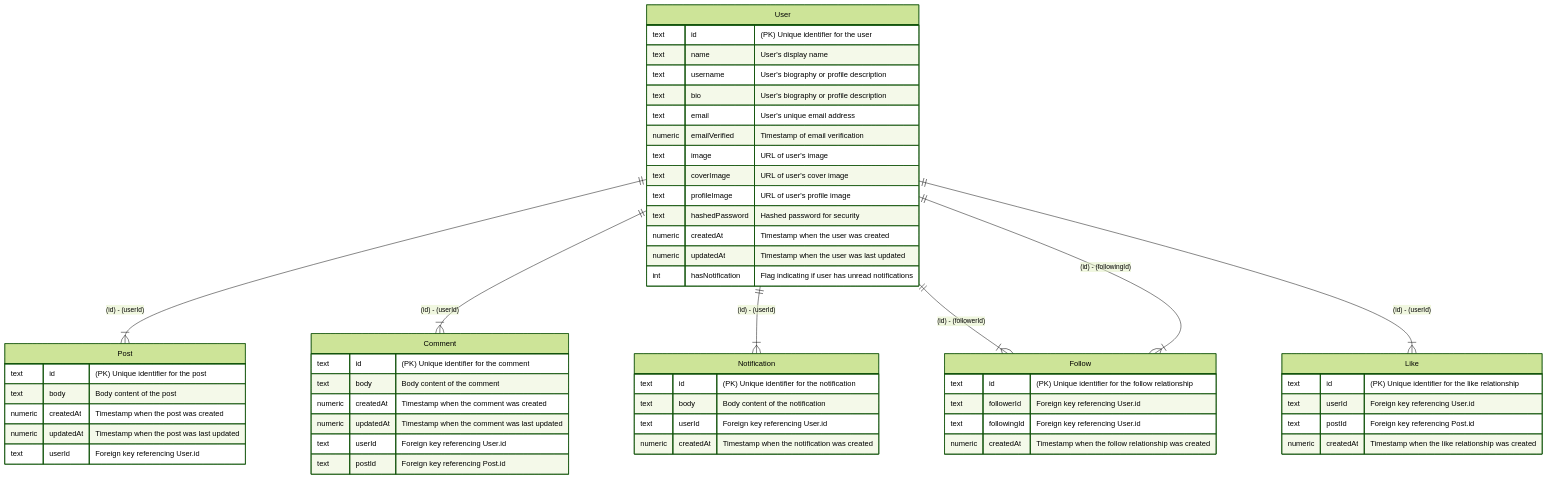
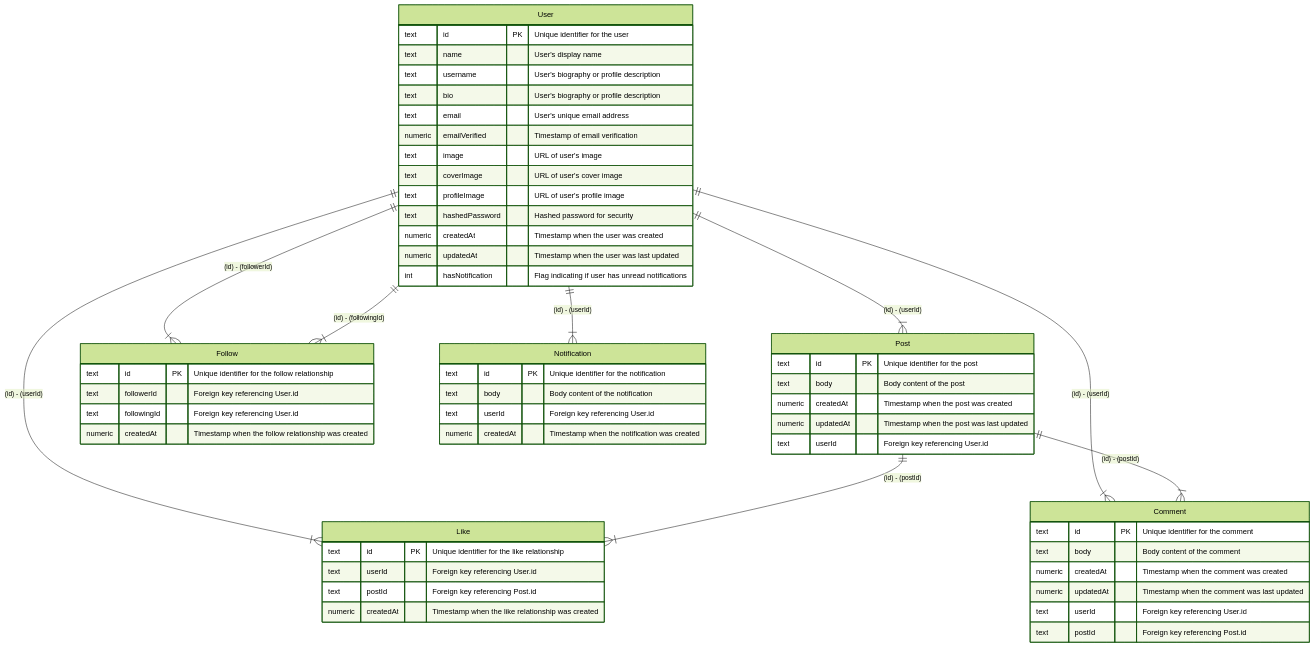
Before and after one commit to nakita628/sizuku: the diagram in fixtures/twitter-clone/mermaid-er/ER.md, drawn with Mermaid (forest theme). The commit also changed 66 other files, not shown here.

````diff
--- a/fixtures/twitter-clone/mermaid-er/ER.md
+++ b/fixtures/twitter-clone/mermaid-er/ER.md
@@ -1,57 +1,59 @@
 ```mermaid
 erDiagram
     User ||--}| Post : "(id) - (userId)"
-    User ||--}| Comment : "(id) - (userId)"
-    User ||--}| Notification : "(id) - (userId)"
     User ||--}| Follow : "(id) - (followerId)"
     User ||--}| Follow : "(id) - (followingId)"
     User ||--}| Like : "(id) - (userId)"
+    Post ||--}| Like : "(id) - (postId)"
+    User ||--}| Comment : "(id) - (userId)"
+    Post ||--}| Comment : "(id) - (postId)"
+    User ||--}| Notification : "(id) - (userId)"
     User {
-        text id "(PK) Unique identifier for the user"
+        text id PK "Unique identifier for the user"
         text name "User's display name"
         text username "User's biography or profile description"
         text bio "User's biography or profile description"
         text email "User's unique email address"
         numeric emailVerified "Timestamp of email verification"
         text image "URL of user's image"
         text coverImage "URL of user's cover image"
         text profileImage "URL of user's profile image"
         text hashedPassword "Hashed password for security"
         numeric createdAt "Timestamp when the user was created"
         numeric updatedAt "Timestamp when the user was last updated"
         int hasNotification "Flag indicating if user has unread notifications"
     }
     Post {
-        text id "(PK) Unique identifier for the post"
+        text id PK "Unique identifier for the post"
         text body "Body content of the post"
         numeric createdAt "Timestamp when the post was created"
         numeric updatedAt "Timestamp when the post was last updated"
         text userId "Foreign key referencing User.id"
     }
     Follow {
-        text id "(PK) Unique identifier for the follow relationship"
+        text id PK "Unique identifier for the follow relationship"
         text followerId "Foreign key referencing User.id"
         text followingId "Foreign key referencing User.id"
         numeric createdAt "Timestamp when the follow relationship was created"
     }
     Like {
-        text id "(PK) Unique identifier for the like relationship"
+        text id PK "Unique identifier for the like relationship"
         text userId "Foreign key referencing User.id"
         text postId "Foreign key referencing Post.id"
         numeric createdAt "Timestamp when the like relationship was created"
     }
     Comment {
-        text id "(PK) Unique identifier for the comment"
+        text id PK "Unique identifier for the comment"
         text body "Body content of the comment"
         numeric createdAt "Timestamp when the comment was created"
         numeric updatedAt "Timestamp when the comment was last updated"
         text userId "Foreign key referencing User.id"
         text postId "Foreign key referencing Post.id"
     }
     Notification {
-        text id "(PK) Unique identifier for the notification"
+        text id PK "Unique identifier for the notification"
         text body "Body content of the notification"
         text userId "Foreign key referencing User.id"
         numeric createdAt "Timestamp when the notification was created"
     }
 ```
````
